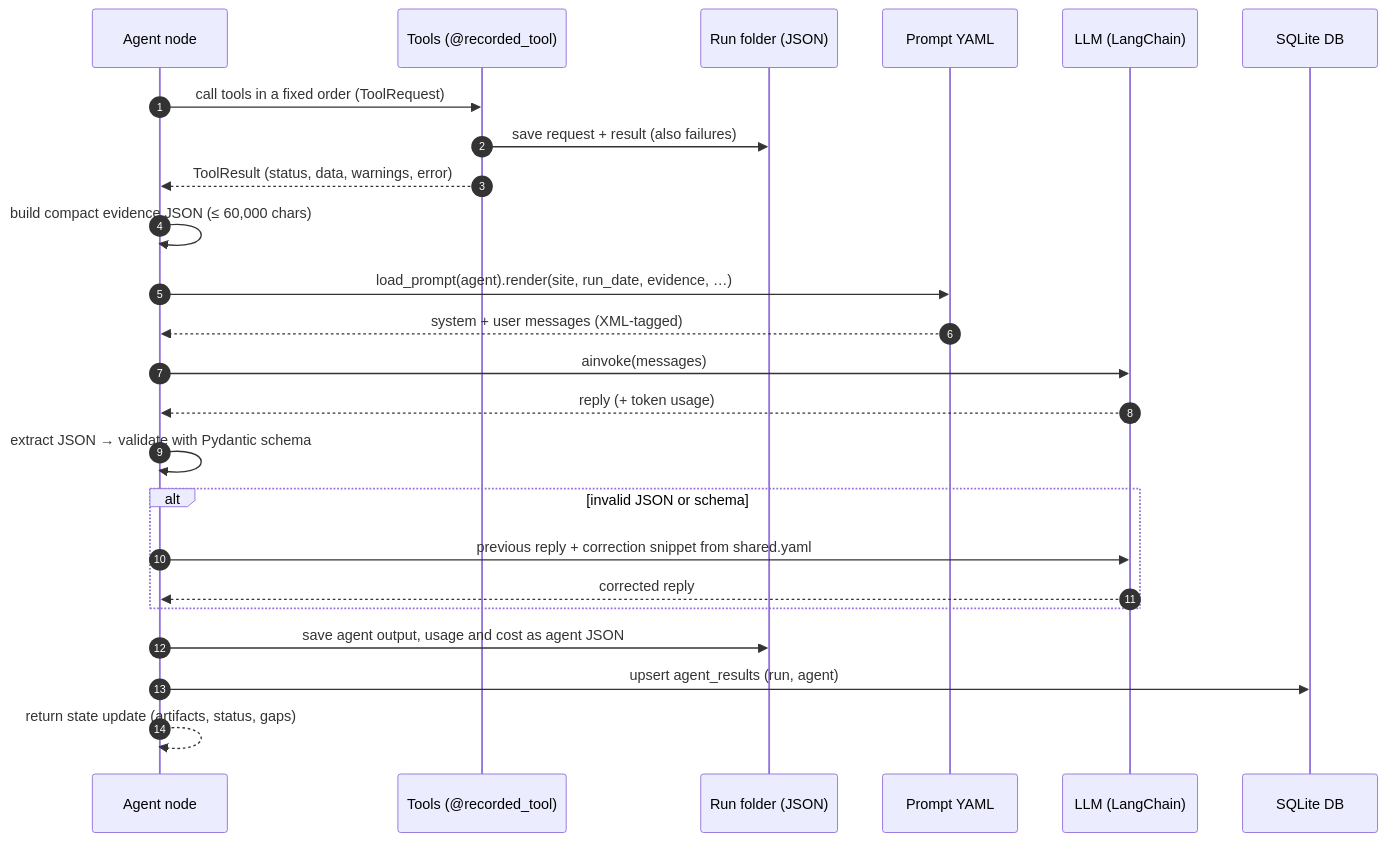
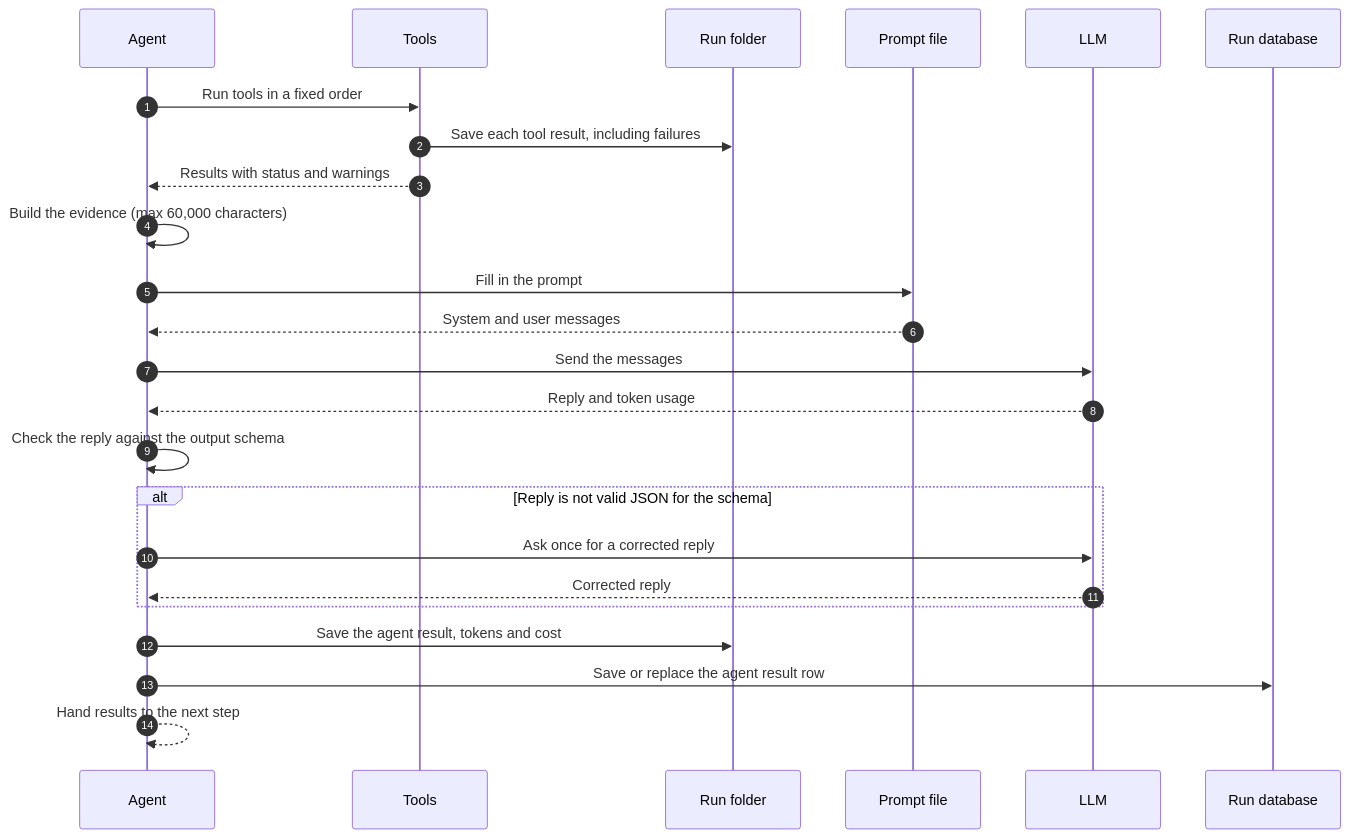
The third of 9 diagrams in docs/architecture.md (machinoAI/seo_agent), drawn with Mermaid before and after one commit. The commit also changed other lines of this file and 13 other files, not shown here.

````diff
--- a/docs/architecture.md
+++ b/docs/architecture.md
@@ -125,27 +146,27 @@
 ```mermaid
 sequenceDiagram
     autonumber
-    participant N as Agent node
-    participant T as Tools (@recorded_tool)
-    participant F as Run folder (JSON)
-    participant P as Prompt YAML
-    participant M as LLM (LangChain)
-    participant D as SQLite DB
+    participant A as Agent
+    participant T as Tools
+    participant F as Run folder
+    participant P as Prompt file
+    participant M as LLM
+    participant D as Run database
 
-    N->>T: call tools in a fixed order (ToolRequest)
-    T->>F: save request + result (also failures)
-    T-->>N: ToolResult (status, data, warnings, error)
-    N->>N: build compact evidence JSON (≤ 60,000 chars)
-    N->>P: load_prompt(agent).render(site, run_date, evidence, …)
-    P-->>N: system + user messages (XML-tagged)
-    N->>M: ainvoke(messages)
-    M-->>N: reply (+ token usage)
-    N->>N: extract JSON → validate with Pydantic schema
-    alt invalid JSON or schema
-        N->>M: previous reply + correction snippet from shared.yaml
-        M-->>N: corrected reply
+    A->>T: Run tools in a fixed order
+    T->>F: Save each tool result, including failures
+    T-->>A: Results with status and warnings
+    A->>A: Build the evidence (max 60,000 characters)
+    A->>P: Fill in the prompt
+    P-->>A: System and user messages
+    A->>M: Send the messages
+    M-->>A: Reply and token usage
+    A->>A: Check the reply against the output schema
+    alt Reply is not valid JSON for the schema
+        A->>M: Ask once for a corrected reply
+        M-->>A: Corrected reply
     end
-    N->>F: save agent output, usage and cost as agent JSON
-    N->>D: upsert agent_results (run, agent)
-    N-->>N: return state update (artifacts, status, gaps)
+    A->>F: Save the agent result, tokens and cost
+    A->>D: Save or replace the agent result row
+    A-->>A: Hand results to the next step
 ```
````
